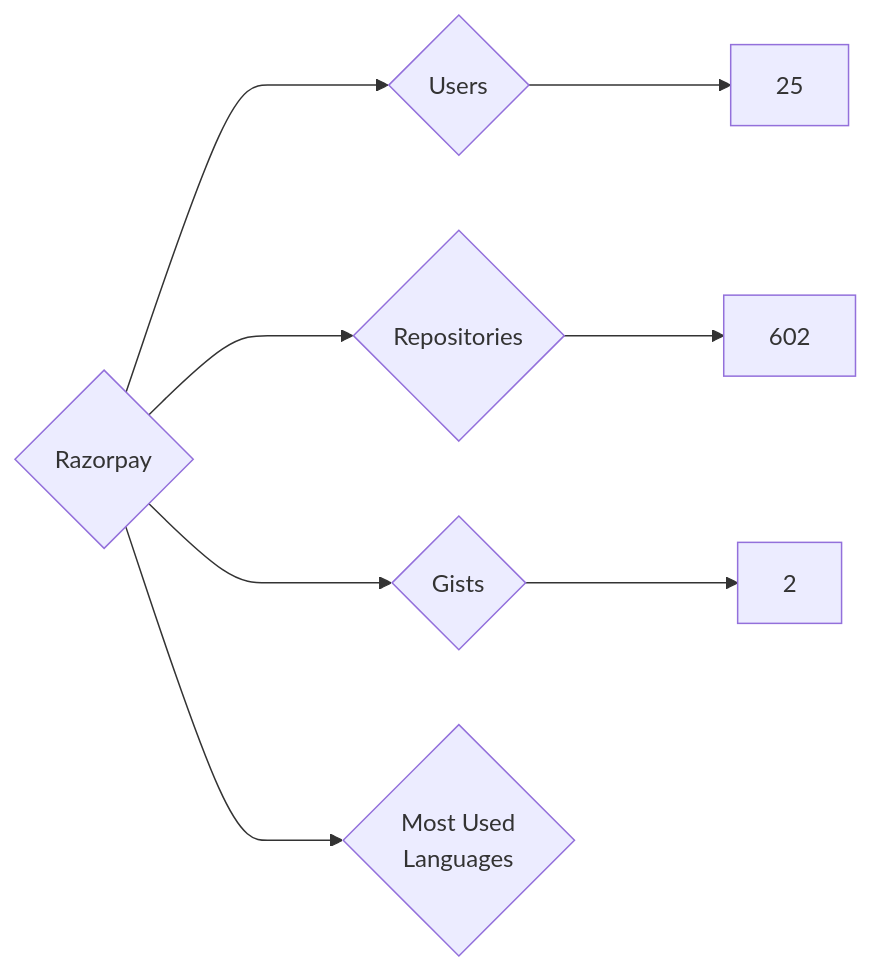
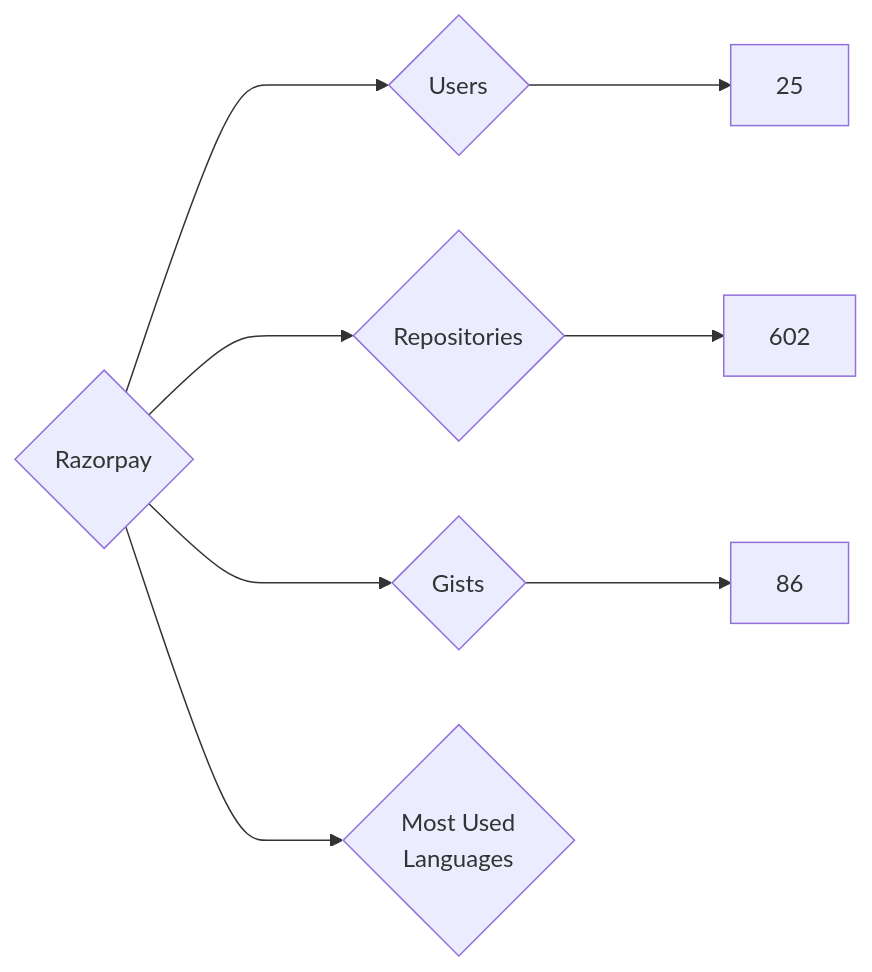
One commit to nenadzaric/insiders changed the diagram in targets/Razorpay/README.md. Above: the diagram before and after it, drawn with Mermaid. The commit also changed 1342 other files, not shown here.

````diff
--- a/targets/Razorpay/README.md
+++ b/targets/Razorpay/README.md
@@ -3,8 +3,8 @@
 ```mermaid
 graph LR
 COMPANY_NAME{Razorpay}
 COMPANY_NAME ---> U{Users} ---> UN[25]
 COMPANY_NAME ---> R{Repositories} ---> RN[602]
-COMPANY_NAME ---> G{Gists} ---> GN[2]
+COMPANY_NAME ---> G{Gists} ---> GN[86]
 COMPANY_NAME ---> ML{Most Used<br>Languages}
 ```
````
